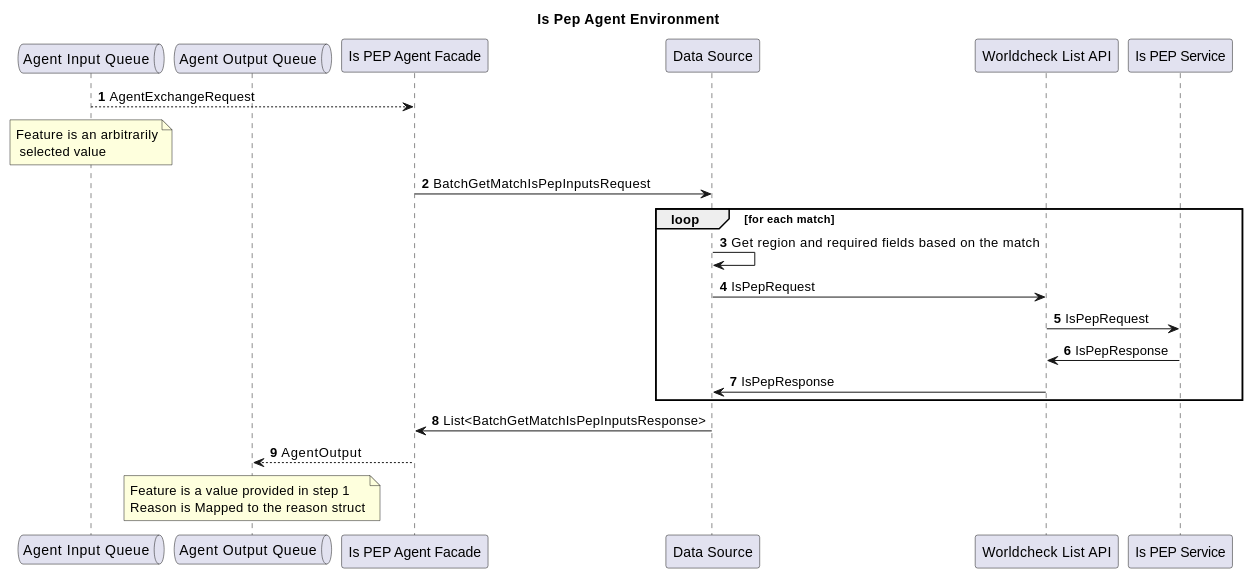
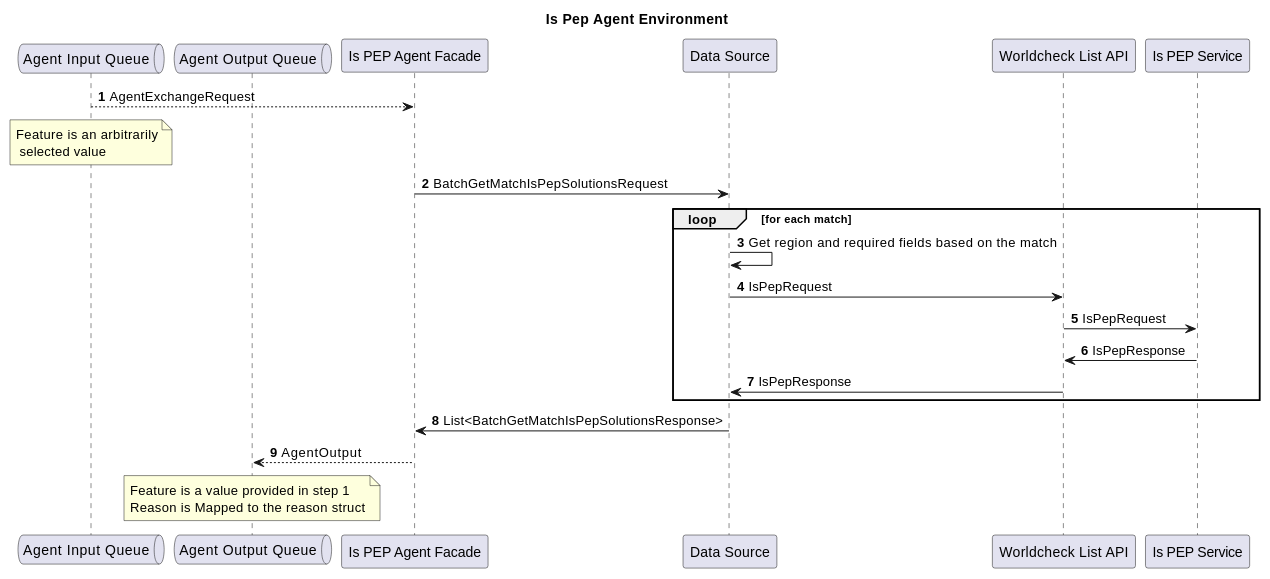
The diagram in modules/agents-api/docs/is-pep-agent-environment.adoc (ngraczykowski/iris-root), drawn with PlantUML before and after one commit.

Commit message:
INTERNAL: Input/Output class name update for Data Source API

```diff
--- a/modules/agents-api/docs/is-pep-agent-environment.adoc
+++ b/modules/agents-api/docs/is-pep-agent-environment.adoc
@@ -3,32 +3,32 @@
 [plantuml]
 ----
 @startuml
 
 autonumber
 title Is Pep Agent Environment
 
 queue "Agent Input Queue" as Input
 queue "Agent Output Queue" as Output
 participant "Is PEP Agent Facade" as Facade
 participant "Data Source" as DataSource
 participant "Worldcheck List API" as Worldcheck
 participant "Is PEP Service" as IsPepService
 
 Input --> Facade: AgentExchangeRequest
 note over Input: Feature is an arbitrarily\n selected value
-Facade -> DataSource: BatchGetMatchIsPepInputsRequest
+Facade -> DataSource: BatchGetMatchIsPepSolutionsRequest
 
 loop for each match
 DataSource -> DataSource: Get region and required fields based on the match
 DataSource -> Worldcheck: IsPepRequest
 Worldcheck -> IsPepService: IsPepRequest
 IsPepService -> Worldcheck: IsPepResponse
 Worldcheck -> DataSource: IsPepResponse
 end
 
-DataSource -> Facade: List<BatchGetMatchIsPepInputsResponse>
+DataSource -> Facade: List<BatchGetMatchIsPepSolutionsResponse>
 Facade --> Output: AgentOutput
 note over Output: Feature is a value provided in step 1\nReason is Mapped to the reason struct
 
 @enduml
 ----
```
